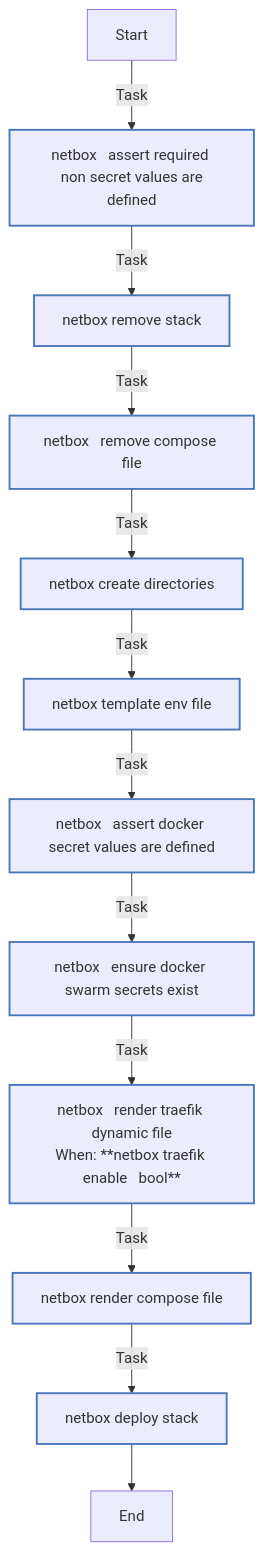
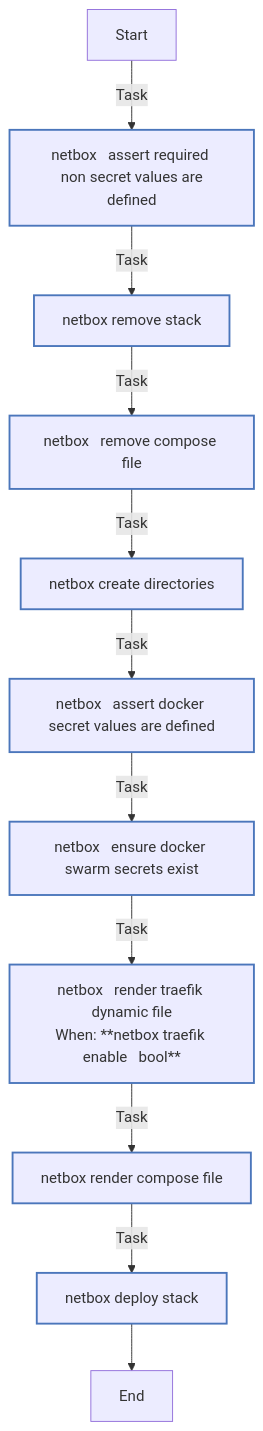
Before and after one commit to Lebowski89/homelab: the diagram in ansible/roles/netbox/README.md, drawn with Mermaid. The commit also changed other lines of this file, not shown here.

````diff
--- a/ansible/roles/netbox/README.md
+++ b/ansible/roles/netbox/README.md
@@ -128,24 +121,23 @@
 ```mermaid
 flowchart TD
 Start
 classDef block stroke:#3498db,stroke-width:2px;
 classDef task stroke:#4b76bb,stroke-width:2px;
 classDef includeTasks stroke:#16a085,stroke-width:2px;
 classDef importTasks stroke:#34495e,stroke-width:2px;
 classDef includeRole stroke:#2980b9,stroke-width:2px;
 classDef importRole stroke:#699ba7,stroke-width:2px;
 classDef includeVars stroke:#8e44ad,stroke-width:2px;
 classDef rescue stroke:#665352,stroke-width:2px;
 
   Start-->|Task| NetBox___Assert_required_non_secret_values_are_defined0[netbox   assert required non secret values are<br>defined]:::task
   NetBox___Assert_required_non_secret_values_are_defined0-->|Task| NetBox___Remove_stack1[netbox   remove stack]:::task
   NetBox___Remove_stack1-->|Task| NetBox___Remove_compose_file2[netbox   remove compose file]:::task
   NetBox___Remove_compose_file2-->|Task| NetBox___Create_directories3[netbox   create directories]:::task
-  NetBox___Create_directories3-->|Task| NetBox___Template_env_file4[netbox   template env file]:::task
-  NetBox___Template_env_file4-->|Task| NetBox___Assert_Docker_secret_values_are_defined5[netbox   assert docker secret values are defined]:::task
-  NetBox___Assert_Docker_secret_values_are_defined5-->|Task| NetBox___Ensure_Docker_Swarm_secrets_exist6[netbox   ensure docker swarm secrets exist]:::task
-  NetBox___Ensure_Docker_Swarm_secrets_exist6-->|Task| NetBox___Render_Traefik_dynamic_file7[netbox   render traefik dynamic file<br>When: **netbox traefik enable   bool**]:::task
-  NetBox___Render_Traefik_dynamic_file7-->|Task| NetBox___Render_compose_file8[netbox   render compose file]:::task
-  NetBox___Render_compose_file8-->|Task| NetBox___Deploy_stack9[netbox   deploy stack]:::task
-  NetBox___Deploy_stack9-->End
+  NetBox___Create_directories3-->|Task| NetBox___Assert_Docker_secret_values_are_defined4[netbox   assert docker secret values are defined]:::task
+  NetBox___Assert_Docker_secret_values_are_defined4-->|Task| NetBox___Ensure_Docker_Swarm_secrets_exist5[netbox   ensure docker swarm secrets exist]:::task
+  NetBox___Ensure_Docker_Swarm_secrets_exist5-->|Task| NetBox___Render_Traefik_dynamic_file6[netbox   render traefik dynamic file<br>When: **netbox traefik enable   bool**]:::task
+  NetBox___Render_Traefik_dynamic_file6-->|Task| NetBox___Render_compose_file7[netbox   render compose file]:::task
+  NetBox___Render_compose_file7-->|Task| NetBox___Deploy_stack8[netbox   deploy stack]:::task
+  NetBox___Deploy_stack8-->End
 ```
````
